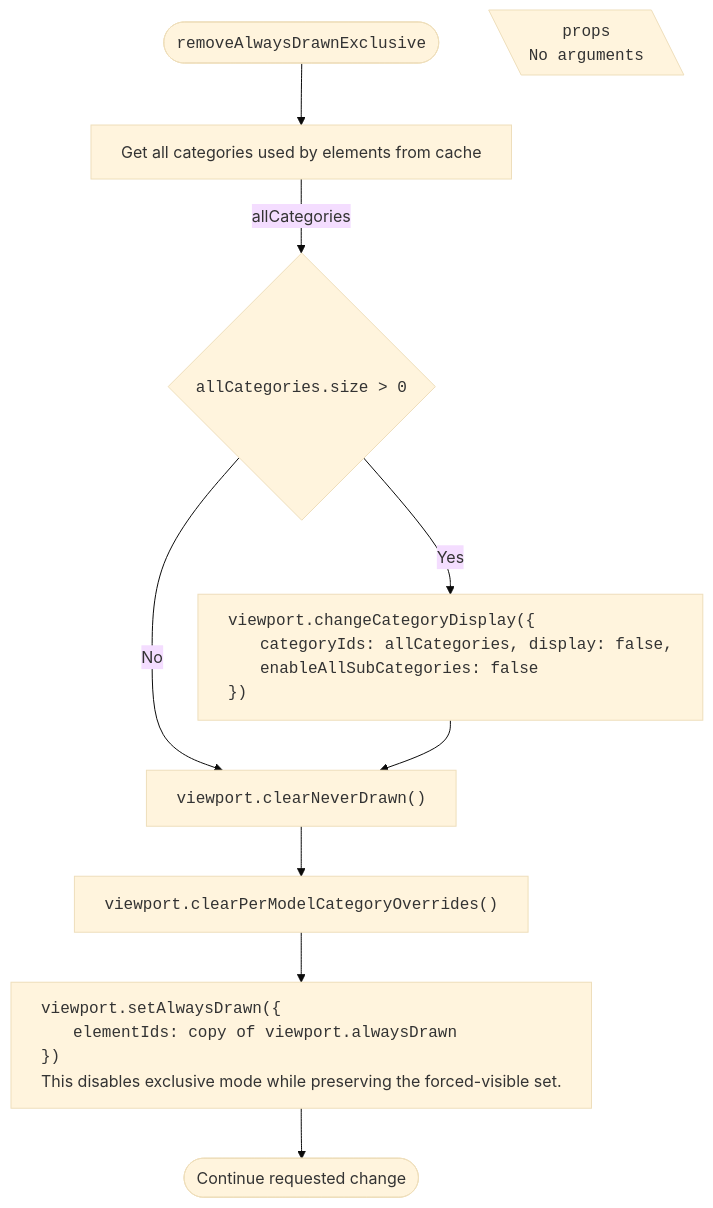
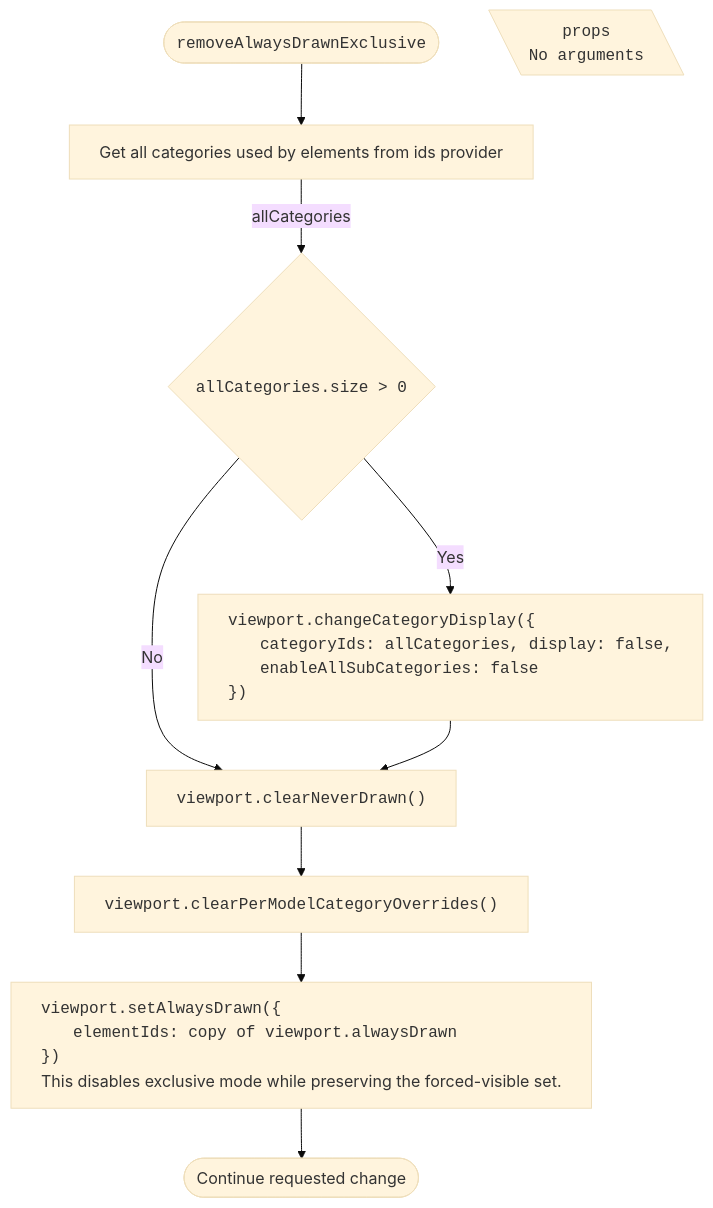
Before and after one commit to iTwin/viewer-components-react: the tenth of 17 diagrams in packages/tree-widget/docs/SharedVisibilityHandling.md, drawn with Mermaid (base theme). The commit also changed other lines of this file and 72 other files, not shown here.

````diff
--- a/packages/tree-widget/docs/SharedVisibilityHandling.md
+++ b/packages/tree-widget/docs/SharedVisibilityHandling.md
@@ -419,32 +419,32 @@
 ```mermaid
 ---
 config:
   flowchart:
     wrappingWidth: 750
     useMaxWidth: false
 ---
 
 flowchart TD
   RESULT_Done([Continue requested change])
 
   %% Start
-  TITLE(["<span style='font-family: monospace;'>removeAlwaysDrawnExclusive</span>"]) --> A["Get all categories used by elements from cache"]
+  TITLE(["<span style='font-family: monospace;'>removeAlwaysDrawnExclusive</span>"]) --> A["Get all categories used by elements from ids provider"]
 
   PROPS[\"
     <span style='font-family: monospace;'>props</span>
     <span style='display: block; text-align: left; font-family: monospace;'>No arguments</span>
   "\]
 
   A -- allCategories --> B{"<span style='font-family: monospace;'>allCategories.size > 0</span>"}
   B -- Yes --> B1["<div style='text-align: left; font-family: monospace;'>viewport.changeCategoryDisplay({
     <span style='padding-left: 2rem;'>categoryIds: allCategories, display: false,</span>
     <span style='padding-left: 2rem;'>enableAllSubCategories: false</span>
     })</div>"]
   B -- No --> C
   B1 --> C["<span style='font-family: monospace;'>viewport.clearNeverDrawn()</span>"]
   C --> D["<span style='font-family: monospace;'>viewport.clearPerModelCategoryOverrides()</span>"]
   D --> E["<div style='text-align: left; font-family: monospace;'>viewport.setAlwaysDrawn({
     <span style='padding-left: 2rem;'>elementIds: copy of viewport.alwaysDrawn</span>
     })</div><span style='display: block;'>This disables exclusive mode while preserving the forced-visible set.</span>"]
   E --> RESULT_Done
 ```
````
